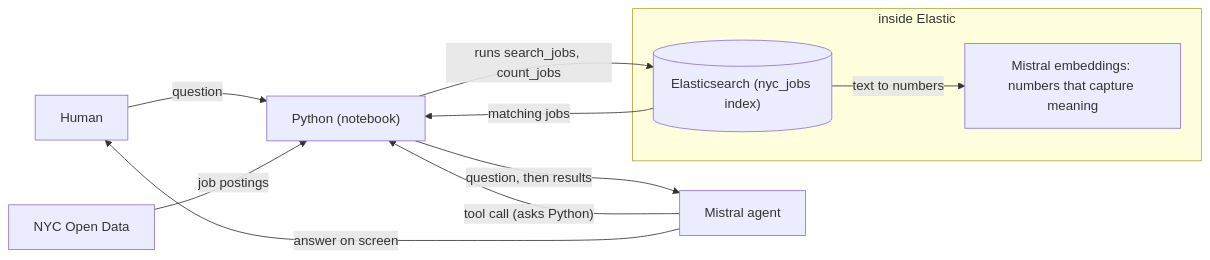
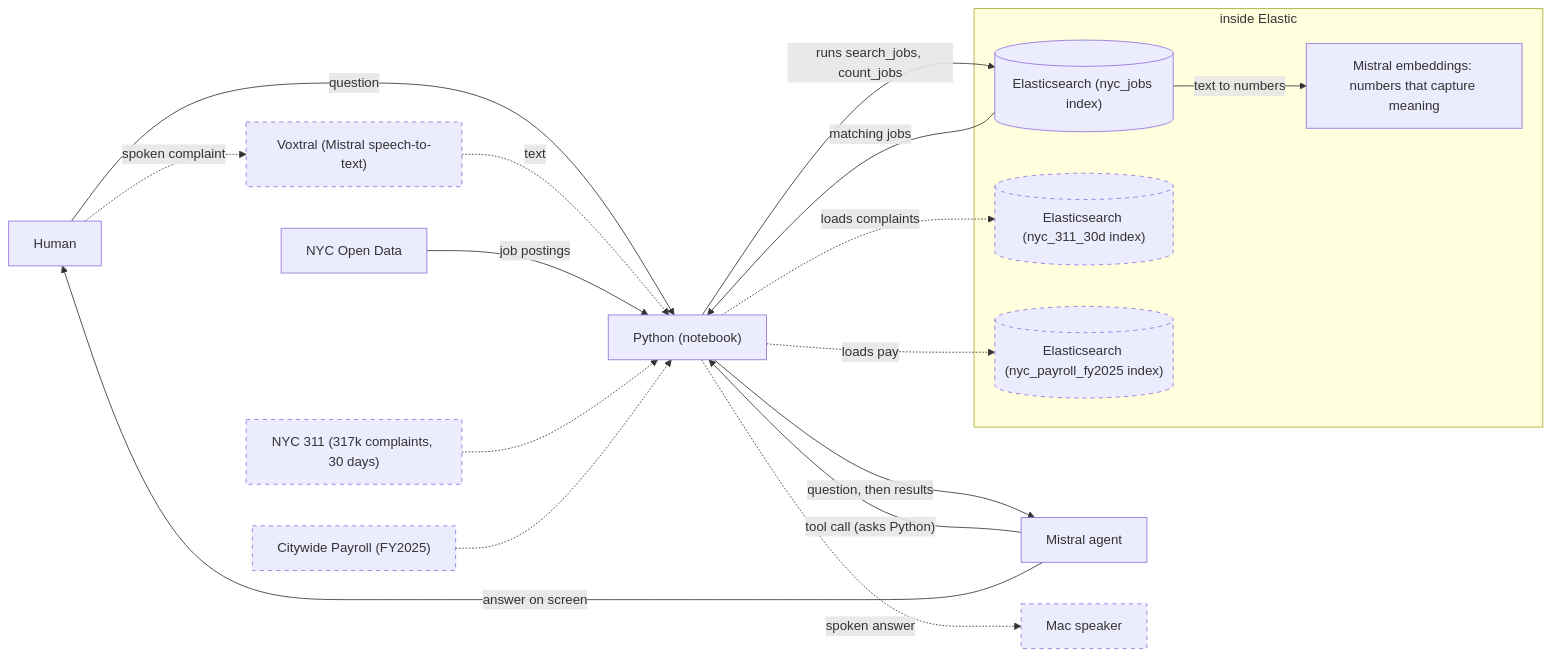
One commit to Escobar-Luis/complain-or-get-hired changed the diagram in creation-process.md. Above: the diagram before and after it, drawn with Mermaid. The commit also changed other lines of this file and 3 other files, not shown here.

Commit message:
Stage 1: 311 complaints and payroll indices, Mistral-built agency map

````diff
--- a/creation-process.md
+++ b/creation-process.md
@@ -3,13 +3,24 @@
 ```mermaid
 flowchart LR
   H[Human] -- "question" --> P["Python (notebook)"]
+  H -. "spoken complaint" .-> V["Voxtral (Mistral speech-to-text)"]
+  V -. "text" .-> P
   D[NYC Open Data] -- "job postings" --> P
+  C["NYC 311 (317k complaints, 30 days)"] -.-> P
+  PAY["Citywide Payroll (FY2025)"] -.-> P
   P -- "question, then results" --> M["Mistral agent"]
   M -- "tool call (asks Python)" --> P
   P -- "runs search_jobs, count_jobs" --> ES
   ES -- "matching jobs" --> P
+  P -. "loads complaints" .-> I311
+  P -. "loads pay" .-> IPAY
   M -- "answer on screen" --> H
+  P -. "spoken answer" .-> S["Mac speaker"]
   subgraph elastic["inside Elastic"]
     ES[("Elasticsearch (nyc_jobs index)")] -- "text to numbers" --> EMB["Mistral embeddings: numbers that capture meaning"]
+    I311[("Elasticsearch (nyc_311_30d index)")]
+    IPAY[("Elasticsearch (nyc_payroll_fy2025 index)")]
   end
+  classDef planned stroke-dasharray: 5 5
+  class V,C,PAY,I311,IPAY,S planned
 ```
````
